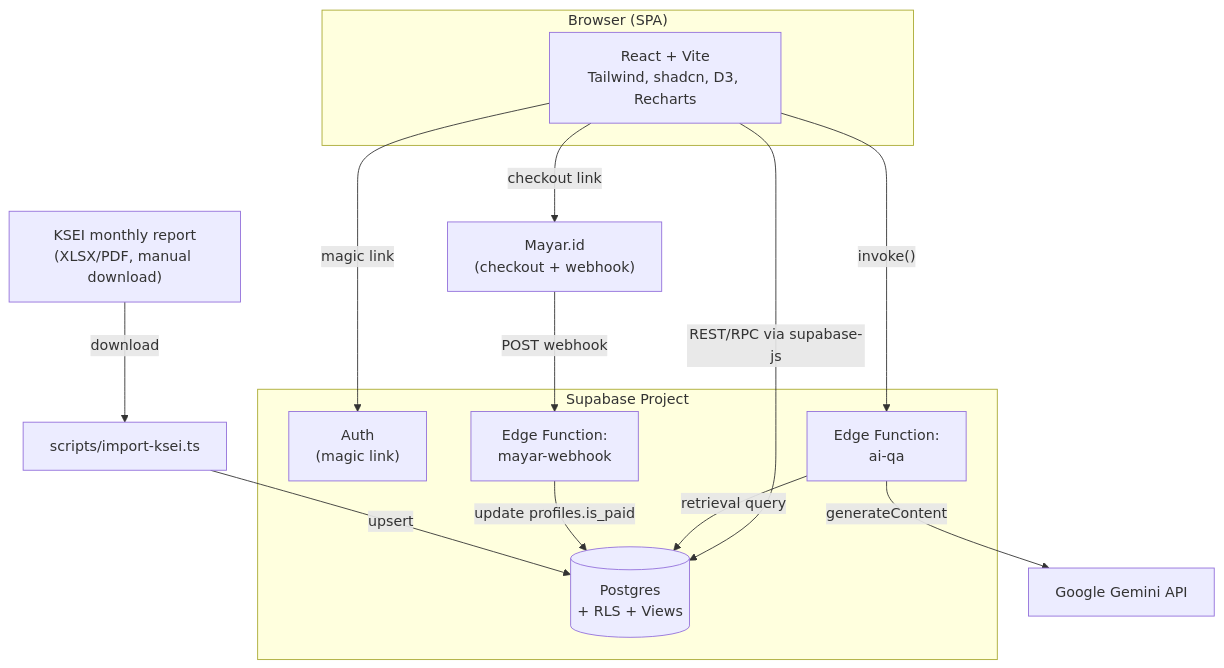
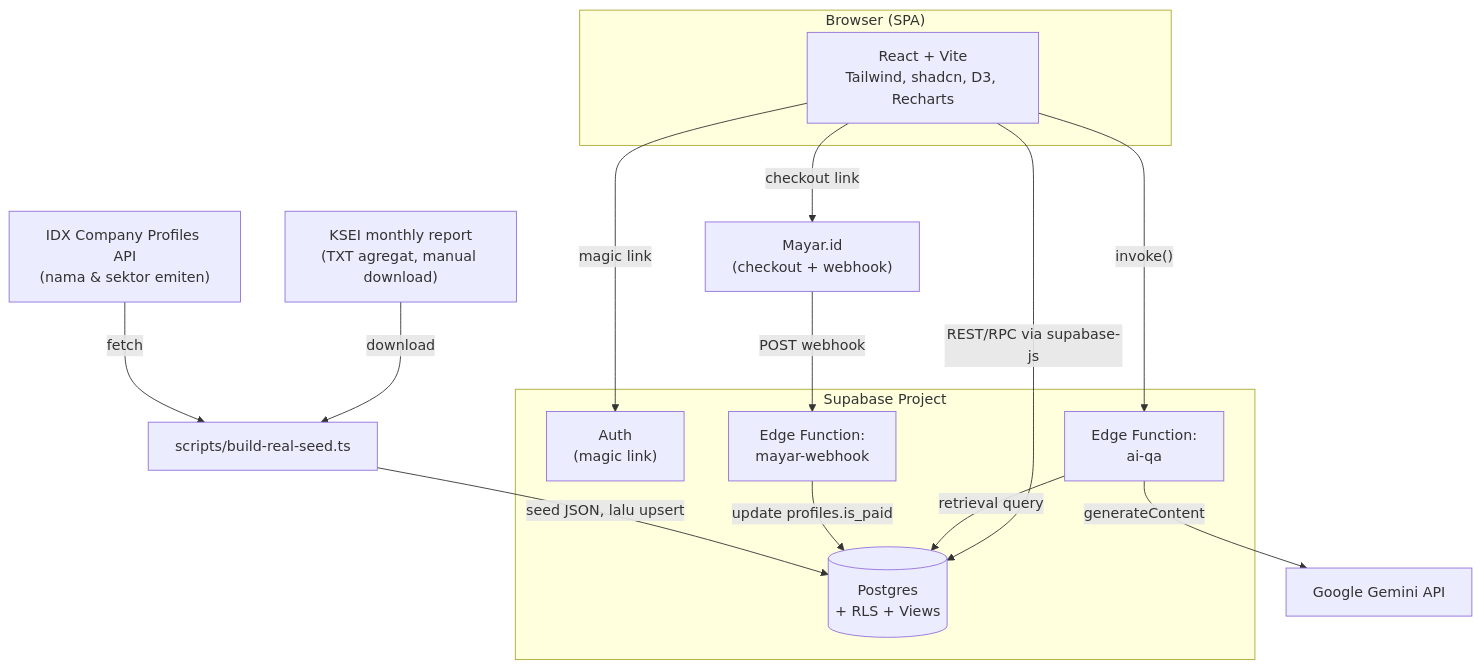
Before and after one commit to DSKPutra/idxmap-id: the diagram in docs/developer/arsitektur.md, drawn with Mermaid. The commit also changed other lines of this file and 7 other files, not shown here.

````diff
--- a/docs/developer/arsitektur.md
+++ b/docs/developer/arsitektur.md
@@ -18,29 +18,31 @@
 ```mermaid
 flowchart TB
     subgraph Client["Browser (SPA)"]
         UI["React + Vite<br/>Tailwind, shadcn, D3, Recharts"]
     end
 
     subgraph Supabase["Supabase Project"]
         Auth["Auth<br/>(magic link)"]
         DB[("Postgres<br/>+ RLS + Views")]
         EdgeAI["Edge Function:<br/>ai-qa"]
         EdgeWebhook["Edge Function:<br/>mayar-webhook"]
     end
 
     Gemini["Google Gemini API"]
     Mayar["Mayar.id<br/>(checkout + webhook)"]
-    KSEI["KSEI monthly report<br/>(XLSX/PDF, manual download)"]
-    ETL["scripts/import-ksei.ts"]
+    KSEI["KSEI monthly report<br/>(TXT agregat, manual download)"]
+    IDXAPI["IDX Company Profiles API<br/>(nama & sektor emiten)"]
+    ETL["scripts/build-real-seed.ts"]
 
     UI -->|"REST/RPC via supabase-js"| DB
     UI -->|magic link| Auth
     UI -->|"invoke()"| EdgeAI
     EdgeAI -->|retrieval query| DB
     EdgeAI -->|generateContent| Gemini
     Mayar -->|"POST webhook"| EdgeWebhook
     EdgeWebhook -->|"update profiles.is_paid"| DB
     UI -->|"checkout link"| Mayar
     KSEI -->|download| ETL
-    ETL -->|upsert| DB
+    IDXAPI -->|fetch| ETL
+    ETL -->|seed JSON, lalu upsert| DB
 ```
````
